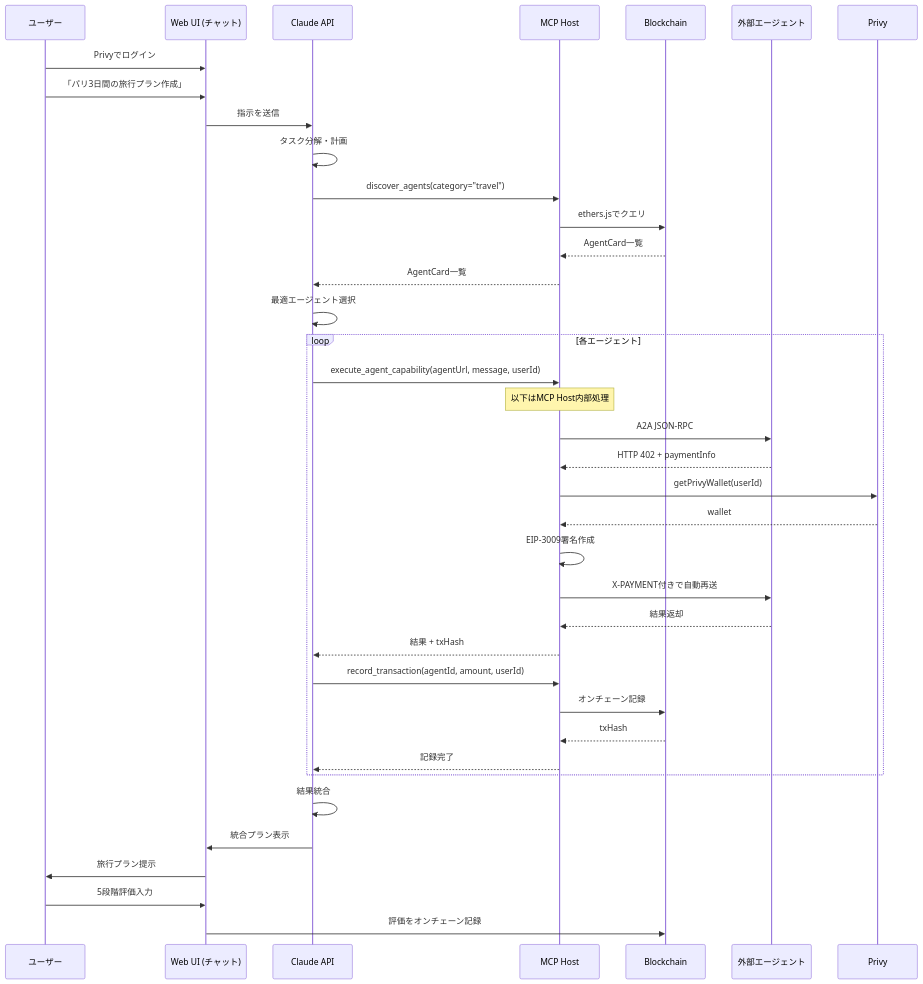
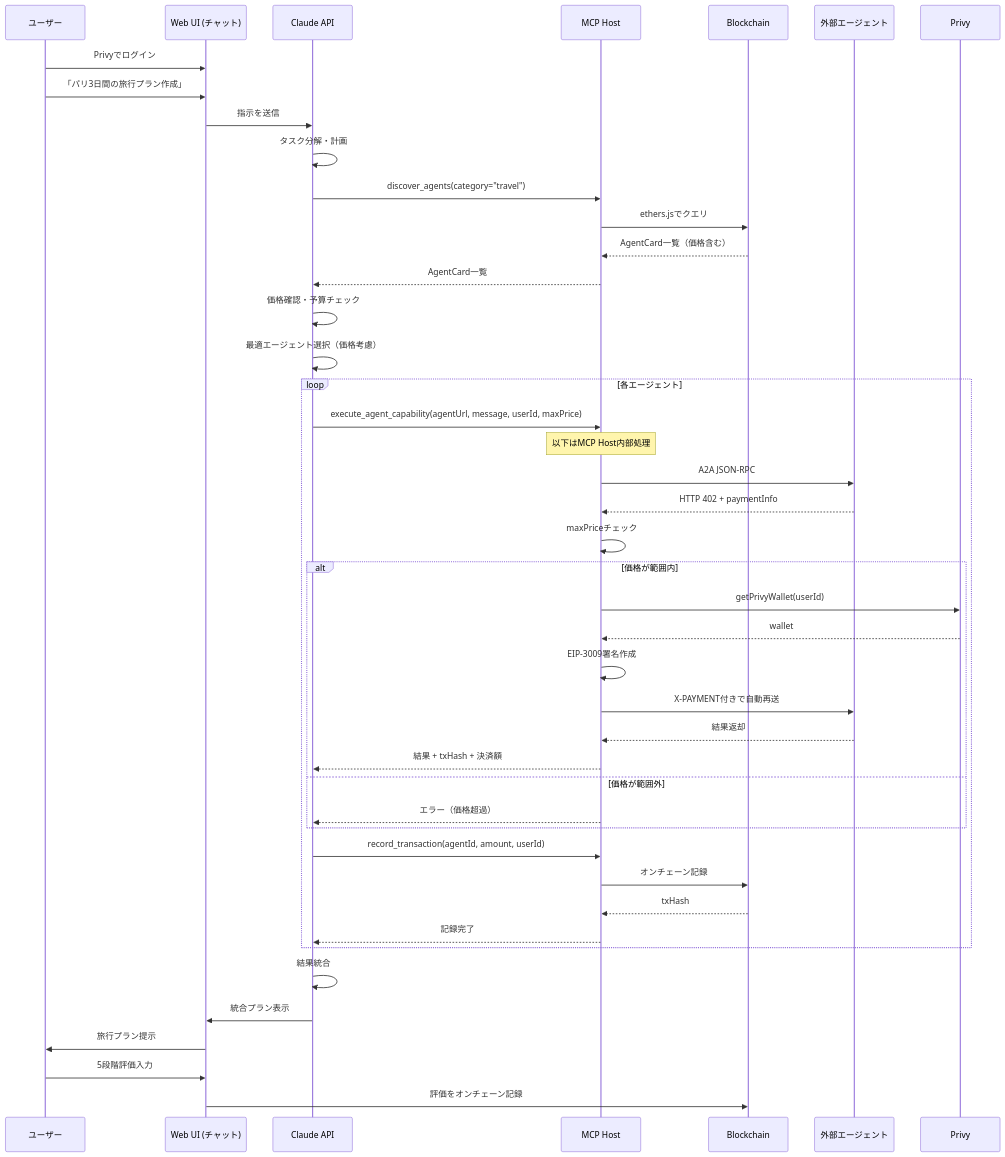
Before and after one commit to toryoto/UniAgent3: the second of 3 diagrams in spec/要件定義.md, drawn with Mermaid. The commit also changed other lines of this file and 7 other files, not shown here.

````diff
--- a/spec/要件定義.md
+++ b/spec/要件定義.md
@@ -179,50 +184,56 @@
 ```mermaid
 sequenceDiagram
     participant U as ユーザー
     participant UI as Web UI (チャット)
     participant C as Claude API
     participant MCP as MCP Host
     participant BC as Blockchain
     participant EA as 外部エージェント
     participant P as Privy
 
     U->>UI: Privyでログイン
     U->>UI: 「パリ3日間の旅行プラン作成」
     UI->>C: 指示を送信
 
     C->>C: タスク分解・計画
 
     C->>MCP: discover_agents(category="travel")
     MCP->>BC: ethers.jsでクエリ
-    BC-->>MCP: AgentCard一覧
+    BC-->>MCP: AgentCard一覧（価格含む）
     MCP-->>C: AgentCard一覧
 
-    C->>C: 最適エージェント選択
+    C->>C: 価格確認・予算チェック
+    C->>C: 最適エージェント選択（価格考慮）
 
     loop 各エージェント
-        C->>MCP: execute_agent_capability(agentUrl, message, userId)
+        C->>MCP: execute_agent_capability(agentUrl, message, userId, maxPrice)
 
         Note over MCP: 以下はMCP Host内部処理
         MCP->>EA: A2A JSON-RPC
         EA-->>MCP: HTTP 402 + paymentInfo
-        MCP->>P: getPrivyWallet(userId)
-        P-->>MCP: wallet
-        MCP->>MCP: EIP-3009署名作成
-        MCP->>EA: X-PAYMENT付きで自動再送
-        EA-->>MCP: 結果返却
+        MCP->>MCP: maxPriceチェック
 
-        MCP-->>C: 結果 + txHash
+        alt 価格が範囲内
+            MCP->>P: getPrivyWallet(userId)
+            P-->>MCP: wallet
+            MCP->>MCP: EIP-3009署名作成
+            MCP->>EA: X-PAYMENT付きで自動再送
+            EA-->>MCP: 結果返却
+            MCP-->>C: 結果 + txHash + 決済額
+        else 価格が範囲外
+            MCP-->>C: エラー（価格超過）
+        end
 
         C->>MCP: record_transaction(agentId, amount, userId)
         MCP->>BC: オンチェーン記録
         BC-->>MCP: txHash
         MCP-->>C: 記録完了
     end
 
     C->>C: 結果統合
     C->>UI: 統合プラン表示
     UI->>U: 旅行プラン提示
 
     U->>UI: 5段階評価入力
     UI->>BC: 評価をオンチェーン記録
 ```
````
